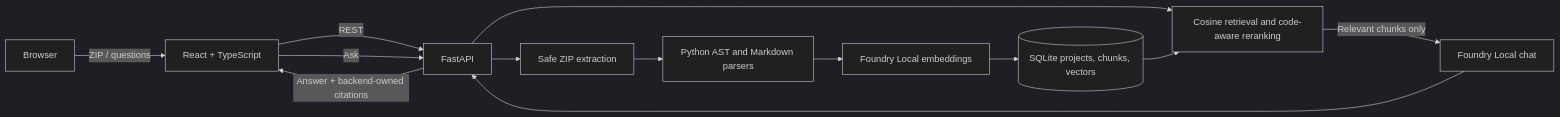
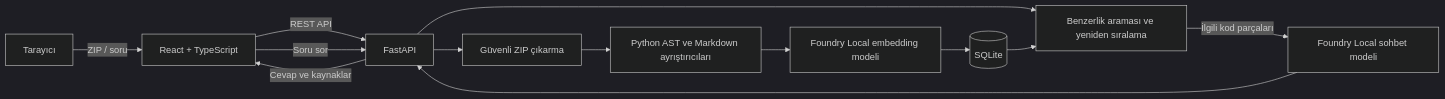
The diagram in README.md (MuhammedHamzaOrak/RepoLens), drawn with Mermaid (dark theme) before and after one commit. The commit also changed other lines of this file, not shown here.

````diff
--- a/README.md
+++ b/README.md
@@ -17,15 +83,15 @@
 ```mermaid
 flowchart LR
-    U[Browser] -->|ZIP / questions| F[React + TypeScript]
-    F -->|REST| A[FastAPI]
-    A --> Z[Safe ZIP extraction]
-    Z --> P[Python AST and Markdown parsers]
-    P --> E[Foundry Local embeddings]
-    E --> D[(SQLite projects, chunks, vectors)]
-    F -->|Ask| A
-    A --> R[Cosine retrieval and code-aware reranking]
+    U[Tarayıcı] -->|ZIP / soru| F[React + TypeScript]
+    F -->|REST API| A[FastAPI]
+    A --> Z[Güvenli ZIP çıkarma]
+    Z --> P[Python AST ve Markdown ayrıştırıcıları]
+    P --> E[Foundry Local embedding modeli]
+    E --> D[(SQLite)]
+    F -->|Soru sor| A
+    A --> R[Benzerlik araması ve yeniden sıralama]
     D --> R
-    R -->|Relevant chunks only| C[Foundry Local chat]
+    R -->|İlgili kod parçaları| C[Foundry Local sohbet modeli]
     C --> A
-    A -->|Answer + backend-owned citations| F
+    A -->|Cevap ve kaynaklar| F
 ```
````
